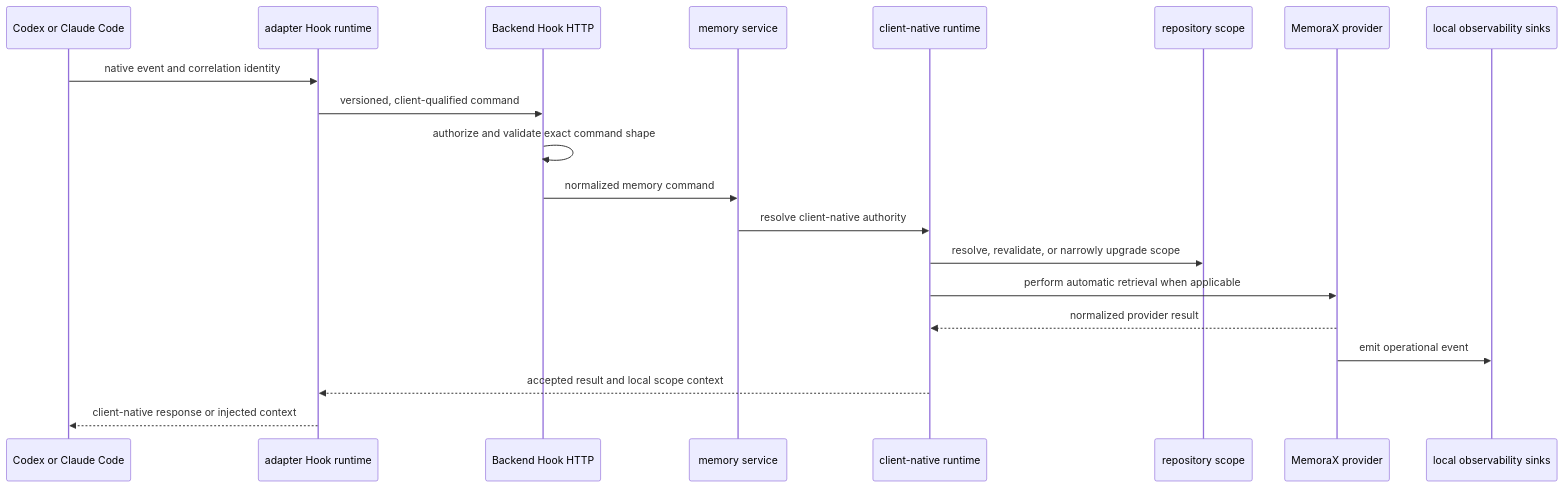
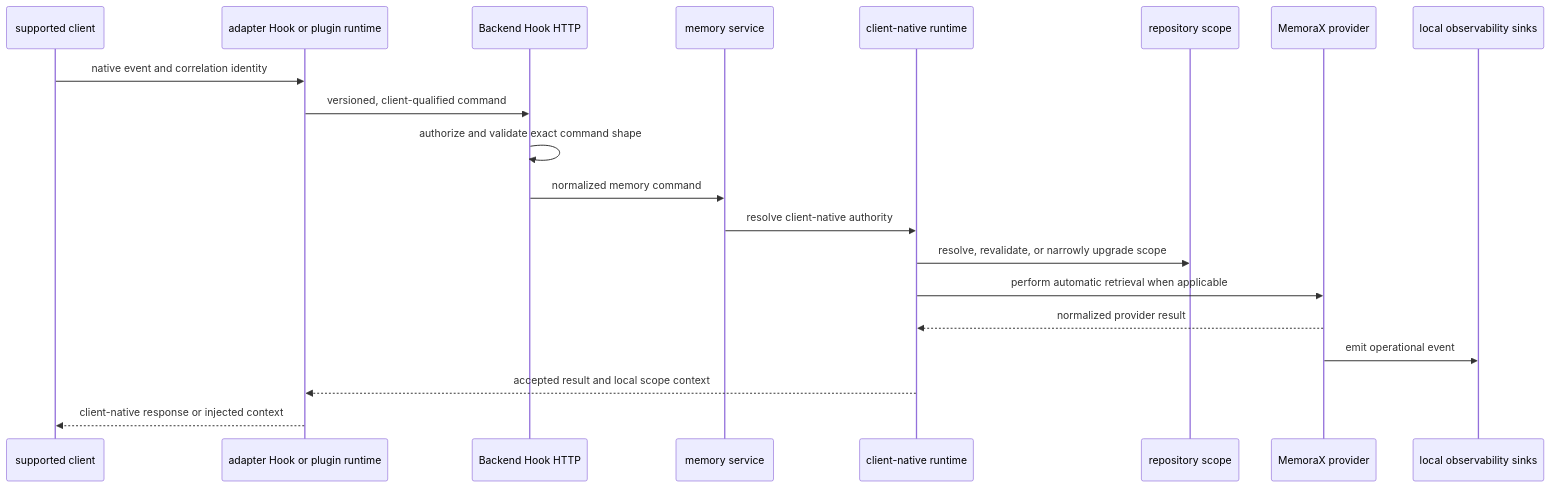
Before and after one commit to memorax-ai/memorax-code: the third of 6 diagrams in ARCHITECTURE.md, drawn with Mermaid. The commit also changed other lines of this file and 30 other files, not shown here.

````diff
--- a/ARCHITECTURE.md
+++ b/ARCHITECTURE.md
@@ -185,23 +186,23 @@
 ```mermaid
 sequenceDiagram
-  participant Client as Codex or Claude Code
-  participant Hook as adapter Hook runtime
+  participant Client as supported client
+  participant Hook as adapter Hook or plugin runtime
   participant HTTP as Backend Hook HTTP
   participant Service as memory service
   participant Native as client-native runtime
   participant Scope as repository scope
   participant Provider as MemoraX provider
   participant Obs as local observability sinks
 
   Client->>Hook: native event and correlation identity
   Hook->>HTTP: versioned, client-qualified command
   HTTP->>HTTP: authorize and validate exact command shape
   HTTP->>Service: normalized memory command
   Service->>Native: resolve client-native authority
   Native->>Scope: resolve, revalidate, or narrowly upgrade scope
   Native->>Provider: perform automatic retrieval when applicable
   Provider-->>Native: normalized provider result
   Provider->>Obs: emit operational event
   Native-->>Hook: accepted result and local scope context
   Hook-->>Client: client-native response or injected context
 ```
````
